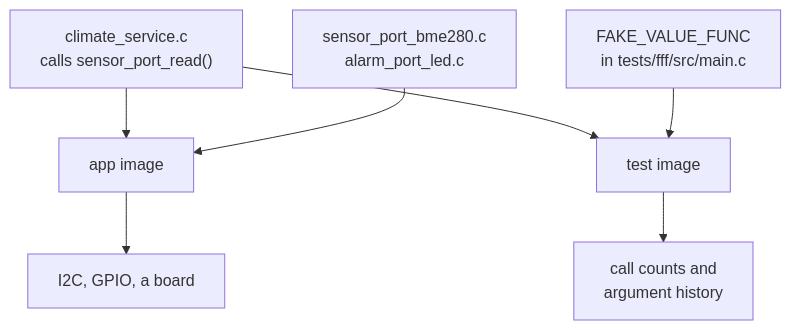
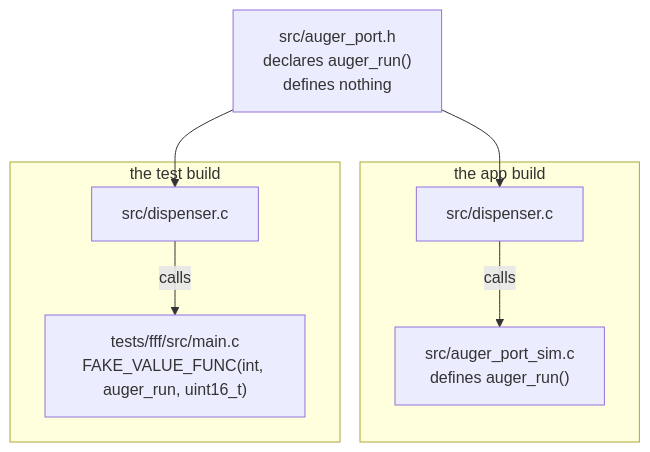
Before and after one commit to royyandzakiy/zephyr-testing-workshop: the diagram in apps/08-fff-mocks/README.md, drawn with Mermaid. The commit also changed other lines of this file and 53 other files, not shown here.

````diff
--- a/apps/08-fff-mocks/README.md
+++ b/apps/08-fff-mocks/README.md
@@ -104,13 +105,19 @@
 ```mermaid
 flowchart TD
-    svc["climate_service.c<br/>calls sensor_port_read()"]
+    h["src/auger_port.h<br/>declares auger_run()<br/>defines nothing"]
 
-    svc --> appbuild["app image"]
-    svc --> testbuild["test image"]
+    subgraph appbuild["the app build"]
+        d1["src/dispenser.c"]
+        s1["src/auger_port_sim.c<br/>defines auger_run()"]
+        d1 -->|"calls"| s1
+    end
 
-    prod["sensor_port_bme280.c<br/>alarm_port_led.c"] --> appbuild
-    fakes["FAKE_VALUE_FUNC<br/>in tests/fff/src/main.c"] --> testbuild
+    subgraph testbuild["the test build"]
+        d2["src/dispenser.c"]
+        f["tests/fff/src/main.c<br/>FAKE_VALUE_FUNC(int, auger_run, uint16_t)"]
+        d2 -->|"calls"| f
+    end
 
-    appbuild --> hw["I2C, GPIO, a board"]
-    testbuild --> rec["call counts and<br/>argument history"]
+    h --> d1
+    h --> d2
 ```
````
